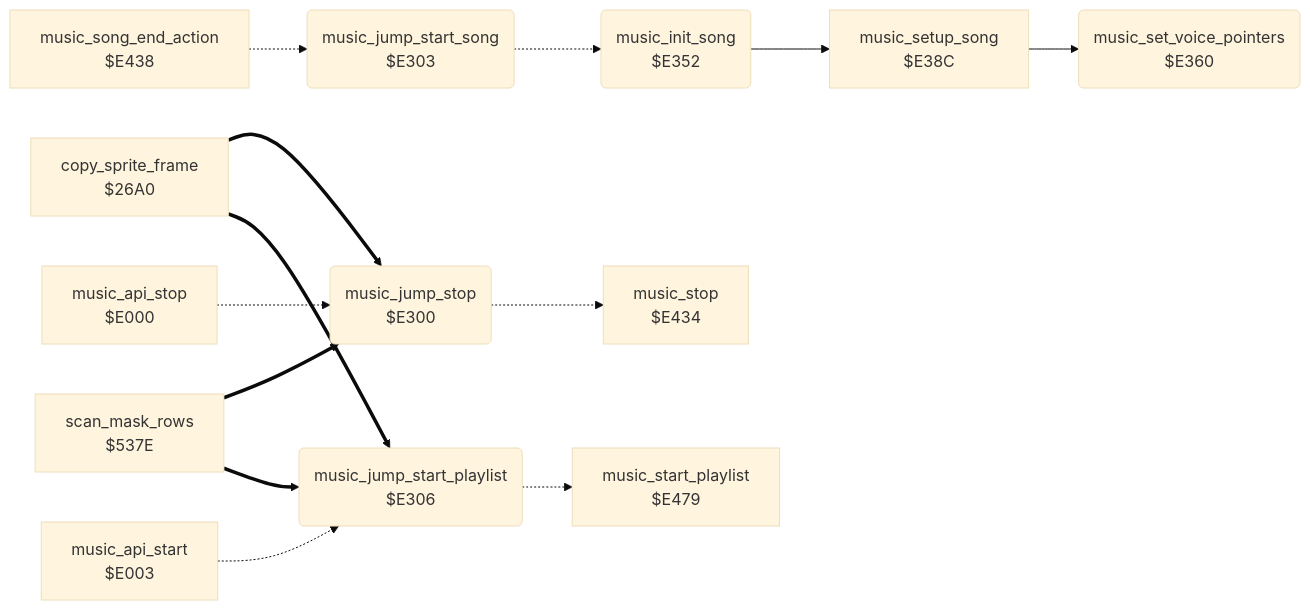
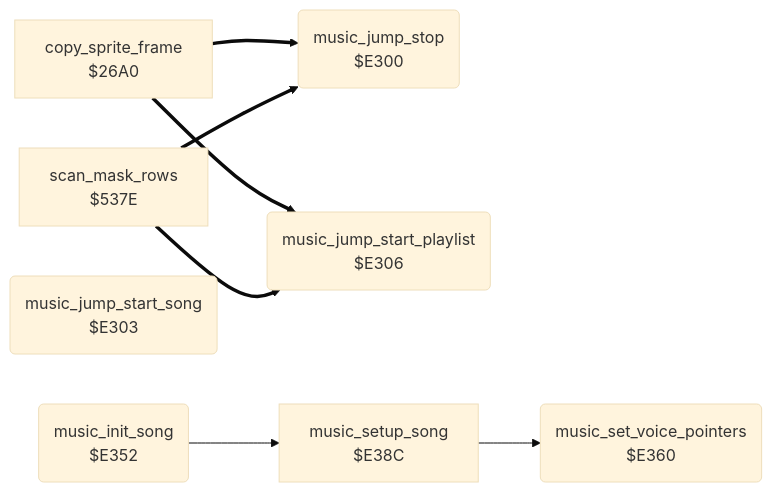
One commit to henols/c64_games changed the diagram in bruce_lee/docs/reference/modules/music/music_player.md. Above: the diagram before and after it, drawn with Mermaid (base theme). The commit also changed other lines of this file and 236 other files, not shown here.

````diff
--- a/bruce_lee/docs/reference/modules/music/music_player.md
+++ b/bruce_lee/docs/reference/modules/music/music_player.md
@@ -10,28 +28,17 @@
 ```mermaid
 flowchart LR
   n26a0["copy_sprite_frame<br/>$26A0"]
   n537e["scan_mask_rows<br/>$537E"]
-  ne000["music_api_stop<br/>$E000"]
-  ne003["music_api_start<br/>$E003"]
   ne300("music_jump_stop<br/>$E300")
   ne303("music_jump_start_song<br/>$E303")
   ne306("music_jump_start_playlist<br/>$E306")
   ne352("music_init_song<br/>$E352")
   ne360("music_set_voice_pointers<br/>$E360")
   ne38c["music_setup_song<br/>$E38C"]
-  ne434["music_stop<br/>$E434"]
-  ne438["music_song_end_action<br/>$E438"]
-  ne479["music_start_playlist<br/>$E479"]
   n26a0 ==> ne300
   n26a0 ==> ne306
   n537e ==> ne300
   n537e ==> ne306
-  ne000 -.-> ne300
-  ne003 -.-> ne306
-  ne300 -.-> ne434
-  ne303 -.-> ne352
-  ne306 -.-> ne479
   ne352 --> ne38c
   ne38c --> ne360
-  ne438 -.-> ne303
 ```
````
